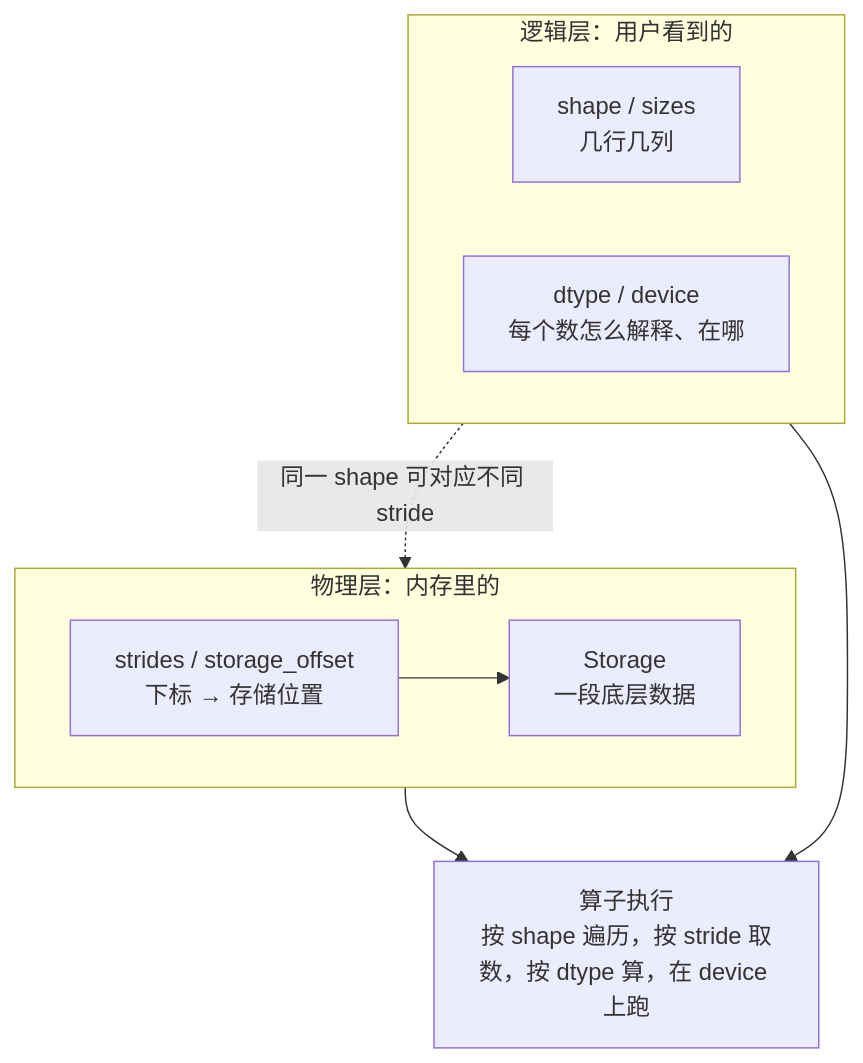
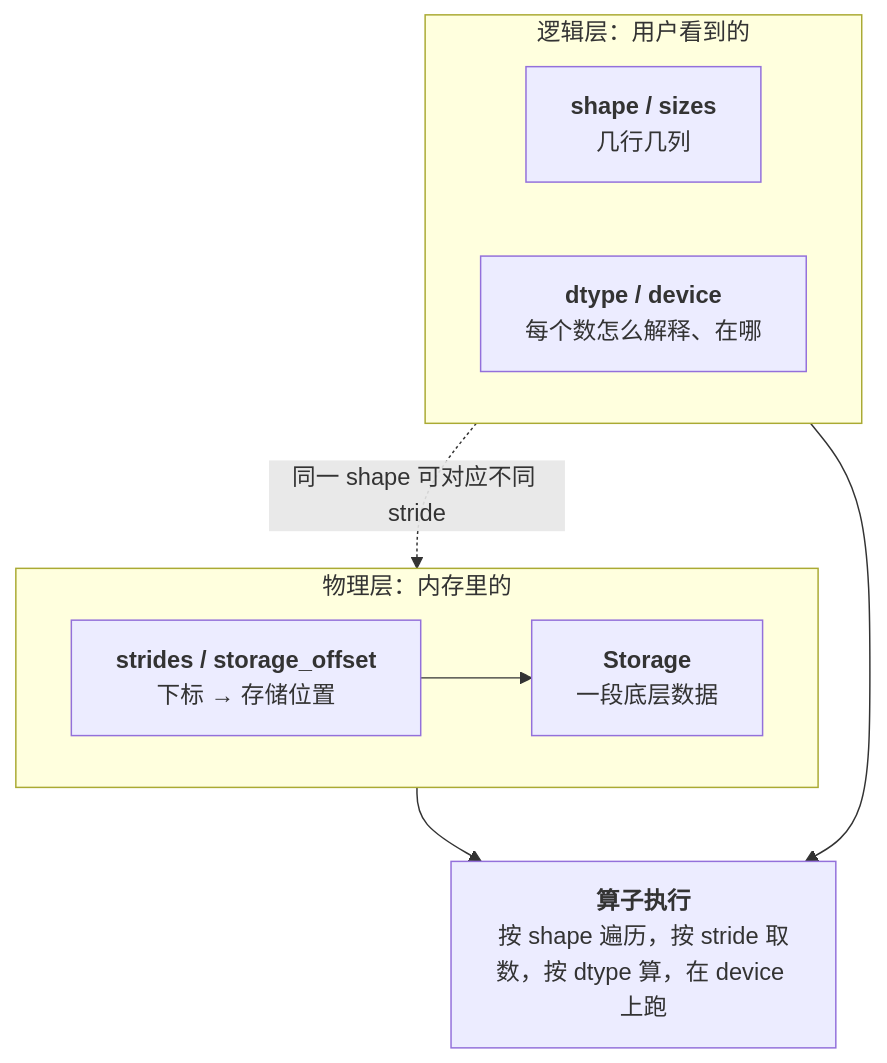
Before and after one commit to arganzheng/arganzheng.github.com: the fourth of 4 diagrams in _posts/2026-02-18-pytorch-tensor-and-memory-layout.md, drawn with Mermaid. The commit also changed other lines of this file and 10 other files, not shown here.

First line of the commit message:
PyTorch 深度实践：从 Tensor 到深度学习运行时：Mermaid 多行方框的首行标为标题（11 篇）

````diff
--- a/_posts/2026-02-18-pytorch-tensor-and-memory-layout.md
+++ b/_posts/2026-02-18-pytorch-tensor-and-memory-layout.md
@@ -1422,18 +1422,18 @@
 ```mermaid
 %% 图：Tensor 地图：逻辑层（shape）与物理层（Storage + strides / offset）由 stride 连接，dtype / device 决定怎么解释与在哪执行，三者一起进入算子
 flowchart TB
     subgraph LOGIC["逻辑层：用户看到的"]
         direction LR
-        B["shape / sizes<br/>几行几列"]
-        E["dtype / device<br/>每个数怎么解释、在哪"]
+        B["<b>shape / sizes</b><br/>几行几列"]
+        E["<b>dtype / device</b><br/>每个数怎么解释、在哪"]
     end
     subgraph PHYS["物理层：内存里的"]
         direction LR
-        C["strides / storage_offset<br/>下标 → 存储位置"]
-        D["Storage<br/>一段底层数据"]
+        C["<b>strides / storage_offset</b><br/>下标 → 存储位置"]
+        D["<b>Storage</b><br/>一段底层数据"]
         C --> D
     end
     B -. "同一 shape 可对应不同 stride" .-> C
-    LOGIC --> F["算子执行<br/>按 shape 遍历，按 stride 取数，按 dtype 算，在 device 上跑"]
+    LOGIC --> F["<b>算子执行</b><br/>按 shape 遍历，按 stride 取数，按 dtype 算，在 device 上跑"]
     PHYS --> F
 ```
````
